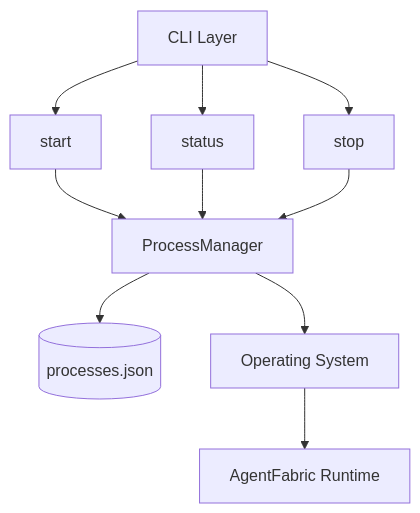
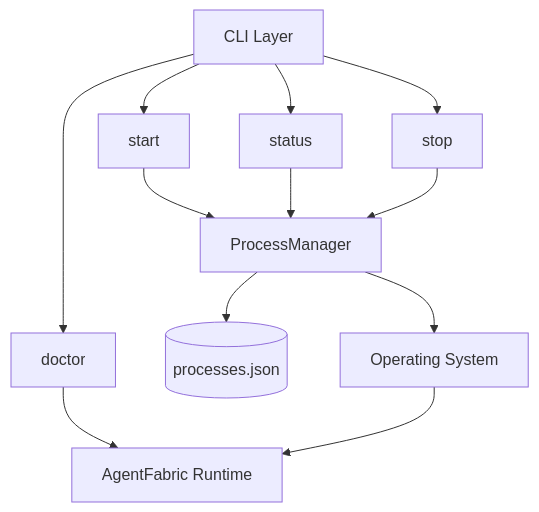
Before and after one commit to mdirshadengineer/agentfabric: the first of 5 diagrams in packages/cli/README.md, drawn with Mermaid. The commit also changed other lines of this file and 17 other files, not shown here.

First line of the commit message:
feat(cli): introduce `doctor` command for preflight diagnostics

````diff
--- a/packages/cli/README.md
+++ b/packages/cli/README.md
@@ -75,26 +75,30 @@
 ```mermaid
 flowchart TD
     CLI[CLI Layer]
 
     Start[start]
     Status[status]
     Stop[stop]
+    Doctor[doctor]
 
     PM[ProcessManager]
     Store[(processes.json)]
     OS[Operating System]
     Runtime[AgentFabric Runtime]
 
     CLI --> Start
     CLI --> Status
     CLI --> Stop
+    CLI --> Doctor
 
     Start --> PM
     Status --> PM
     Stop --> PM
+
+    Doctor --> Runtime
 
     PM --> Store
     PM --> OS
 
     OS --> Runtime
 ```
````
